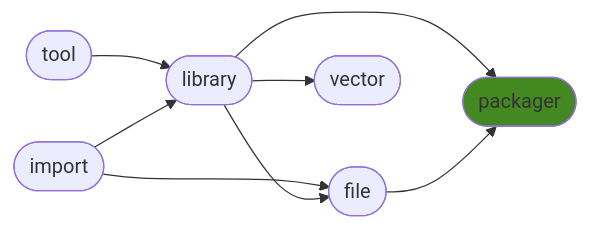
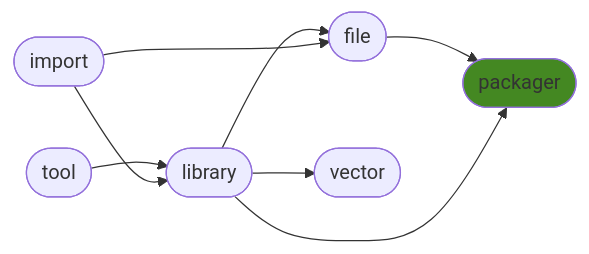
The diagram in README.md (ManderaGeneral/generalpackager), drawn with Mermaid before and after one commit. The commit also changed other lines of this file, not shown here.

````diff
--- a/README.md
+++ b/README.md
@@ -24,17 +24,17 @@
 ```mermaid
 flowchart LR
+3([file]) --> 5([packager])
+1([tool]) --> 2([library])
+0([import]) --> 2([library])
 2([library]) --> 5([packager])
-1([tool]) --> 2([library])
+2([library]) --> 3([file])
 0([import]) --> 3([file])
 2([library]) --> 4([vector])
-2([library]) --> 3([file])
-3([file]) --> 5([packager])
-0([import]) --> 2([library])
 click 0 "https://github.com/ManderaGeneral/generalimport"
 click 1 "https://github.com/ManderaGeneral/generaltool"
 click 2 "https://github.com/ManderaGeneral/generallibrary"
 click 3 "https://github.com/ManderaGeneral/generalfile"
 click 4 "https://github.com/ManderaGeneral/generalvector"
 click 5 "https://github.com/ManderaGeneral/generalpackager"
 style 5 fill:#482
 ```
````
